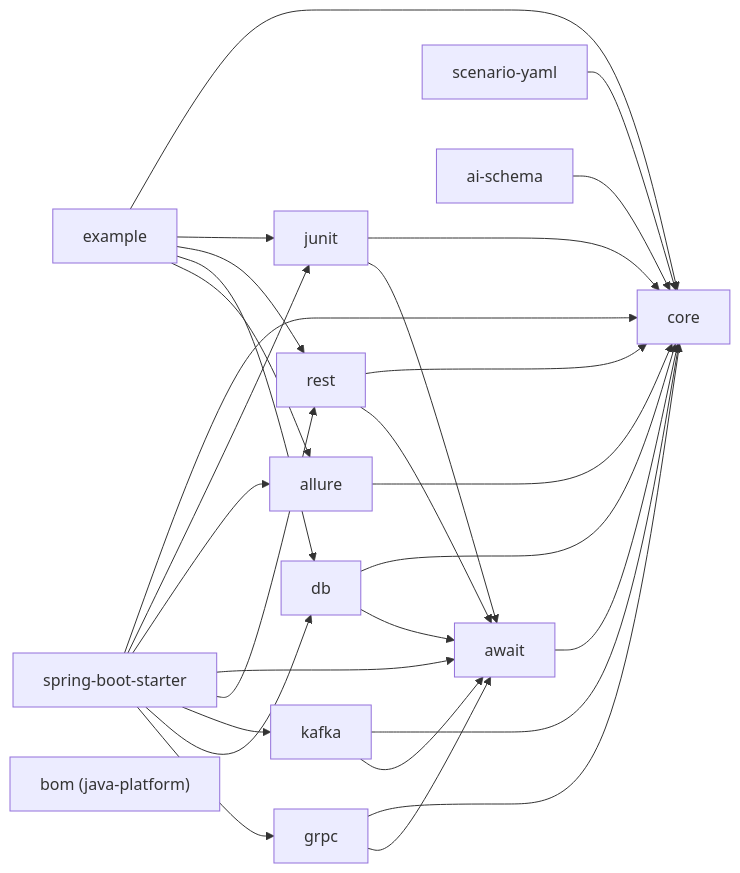
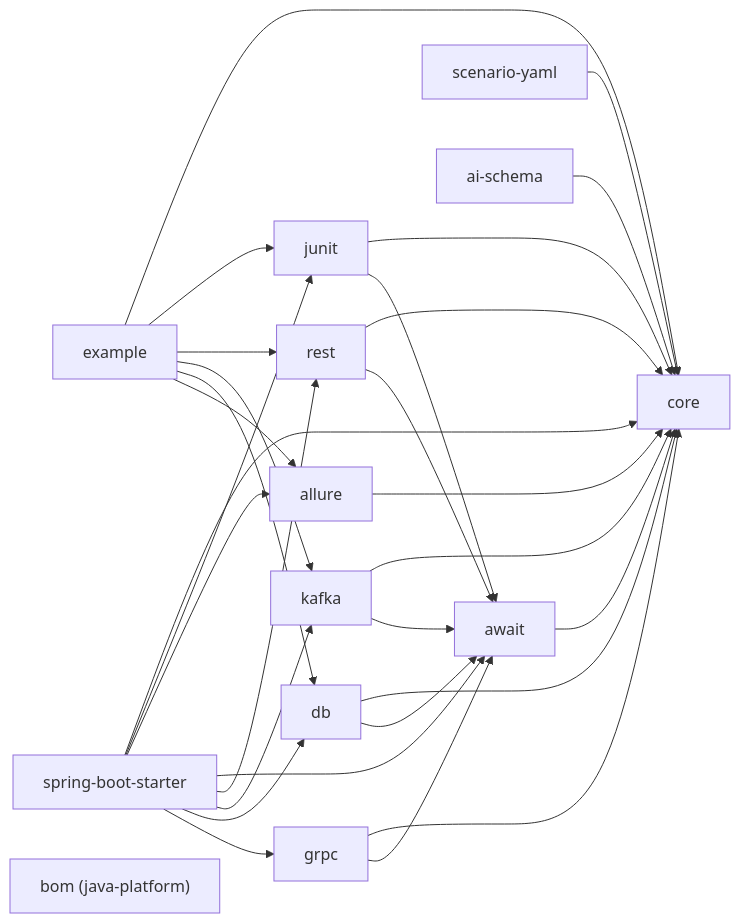
One commit to 0Lilhate/stand-test-framework changed the second of 2 diagrams in docs/arch/stand-test-sdk-implementation-plan.md. Above: the diagram before and after it, drawn with Mermaid. The commit also changed other lines of this file and 5 other files, not shown here.

First line of the commit message:
test: add tagged Kafka send/expect example (requires-broker), excluded from the default run

````diff
--- a/docs/arch/stand-test-sdk-implementation-plan.md
+++ b/docs/arch/stand-test-sdk-implementation-plan.md
@@ -408,32 +408,33 @@
 ```mermaid
 flowchart LR
     await --> core
     junit --> core
     junit --> await
     rest --> core
     rest --> await
     kafka --> core
     kafka --> await
     db --> core
     db --> await
     grpc --> core
     grpc --> await
     allure --> core
     example --> core
     example --> junit
     example --> rest
+    example --> kafka
     example --> db
     example --> allure
     scenario_yaml["scenario-yaml"] --> core
     ai_schema["ai-schema"] --> core
     starter["spring-boot-starter"] --> core
     starter --> junit
     starter --> allure
     starter --> await
     starter --> rest
     starter --> kafka
     starter --> db
     starter --> grpc
 
     bom["bom (java-platform)"]
 ```
````
